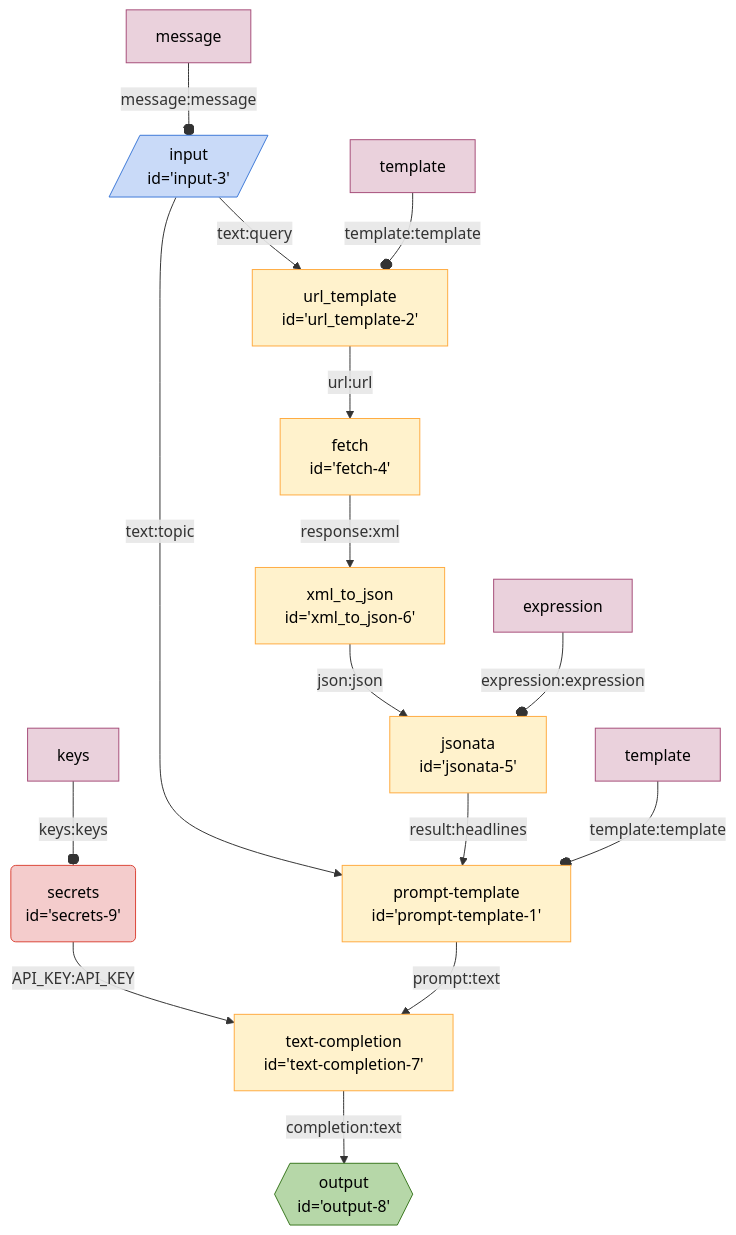
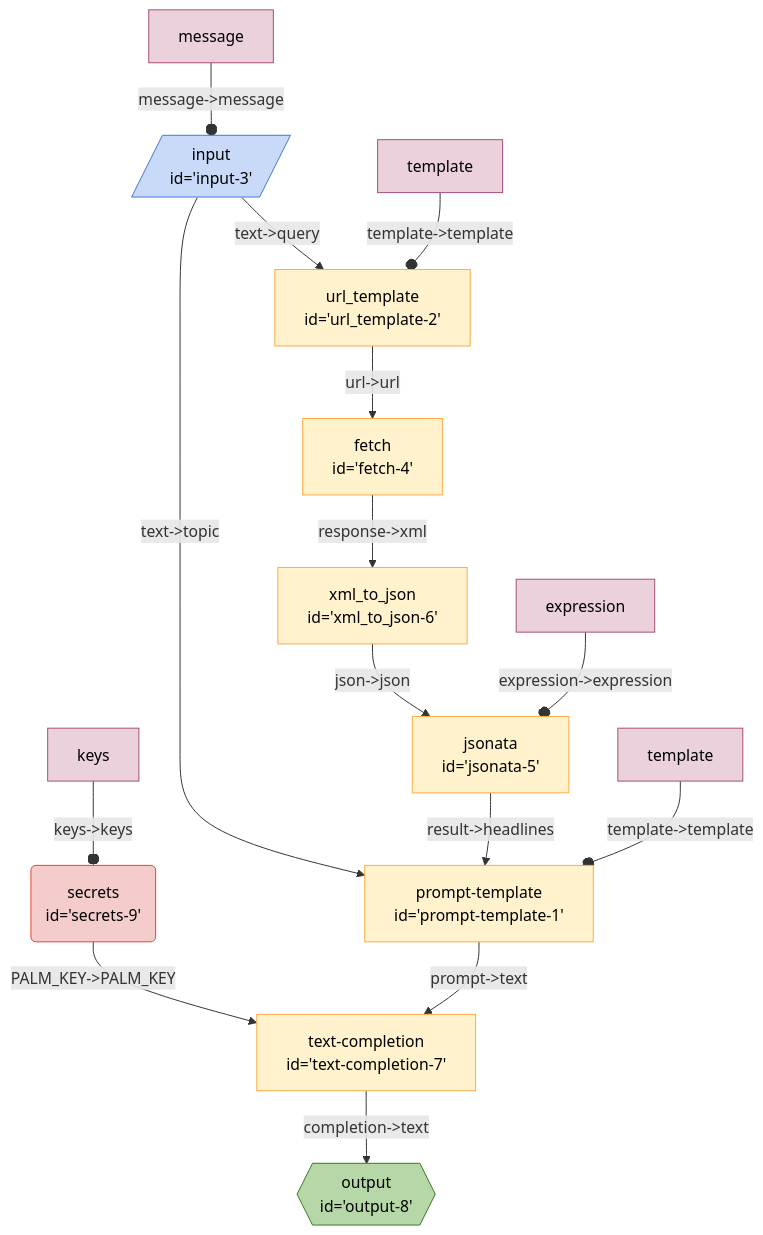
Before and after one commit to breadboard-ai/breadboard: the diagram in seeds/graph-playground/examples/google-news.md, drawn with Mermaid. The commit also changed 72 other files, not shown here.

Commit message:
Rename API_KEY to PALM_KEY. Fixes #72.

````diff
--- a/seeds/graph-playground/examples/google-news.md
+++ b/seeds/graph-playground/examples/google-news.md
@@ -3,44 +3,44 @@
 ```mermaid
 %%{init: 'themeVariables': { 'fontFamily': 'Fira Code, monospace' }}%%
 graph TD;
 input3[/"input
-id='input-3'"/]:::input -- text:topic --> prompttemplate1["prompt-template
+id='input-3'"/]:::input -- "text->topic" --> prompttemplate1["prompt-template
 id='prompt-template-1'"]
 input3[/"input
-id='input-3'"/]:::input -- text:query --> url_template2["url_template
+id='input-3'"/]:::input -- "text->query" --> url_template2["url_template
 id='url_template-2'"]
 url_template2["url_template
-id='url_template-2'"] -- url:url --> fetch4["fetch
+id='url_template-2'"] -- "url->url" --> fetch4["fetch
 id='fetch-4'"]
 jsonata5["jsonata
-id='jsonata-5'"] -- result:headlines --> prompttemplate1["prompt-template
+id='jsonata-5'"] -- "result->headlines" --> prompttemplate1["prompt-template
 id='prompt-template-1'"]
 xml_to_json6["xml_to_json
-id='xml_to_json-6'"] -- json:json --> jsonata5["jsonata
+id='xml_to_json-6'"] -- "json->json" --> jsonata5["jsonata
 id='jsonata-5'"]
 fetch4["fetch
-id='fetch-4'"] -- response:xml --> xml_to_json6["xml_to_json
+id='fetch-4'"] -- "response->xml" --> xml_to_json6["xml_to_json
 id='xml_to_json-6'"]
 textcompletion7["text-completion
-id='text-completion-7'"] -- completion:text --> output8{{"output
+id='text-completion-7'"] -- "completion->text" --> output8{{"output
 id='output-8'"}}:::output
 secrets9("secrets
-id='secrets-9'"):::secrets -- API_KEY:API_KEY --> textcompletion7["text-completion
+id='secrets-9'"):::secrets -- "PALM_KEY->PALM_KEY" --> textcompletion7["text-completion
 id='text-completion-7'"]
 prompttemplate1["prompt-template
-id='prompt-template-1'"] -- prompt:text --> textcompletion7["text-completion
+id='prompt-template-1'"] -- "prompt->text" --> textcompletion7["text-completion
 id='text-completion-7'"]
-templateprompttemplate1[template]:::config -- template:template --o prompttemplate1
-templateurl_template2[template]:::config -- template:template --o url_template2
-messageinput3[message]:::config -- message:message --o input3
-expressionjsonata5[expression]:::config -- expression:expression --o jsonata5
-keyssecrets9[keys]:::config -- keys:keys --o secrets9
+templateprompttemplate1[template]:::config -- "template->template" --o prompttemplate1
+templateurl_template2[template]:::config -- "template->template" --o url_template2
+messageinput3[message]:::config -- "message->message" --o input3
+expressionjsonata5[expression]:::config -- "expression->expression" --o jsonata5
+keyssecrets9[keys]:::config -- "keys->keys" --o secrets9
 classDef default stroke:#ffab40,fill:#fff2ccff,color:#000
 classDef input stroke:#3c78d8,fill:#c9daf8ff,color:#000
 classDef output stroke:#38761d,fill:#b6d7a8ff,color:#000
 classDef passthrough stroke:#a64d79,fill:#ead1dcff,color:#000
 classDef slot stroke:#a64d79,fill:#ead1dcff,color:#000
 classDef config stroke:#a64d79,fill:#ead1dcff,color:#000
 classDef secrets stroke:#db4437,fill:#f4cccc,color:#000
 classDef slotted stroke:#a64d79
 ```
````
